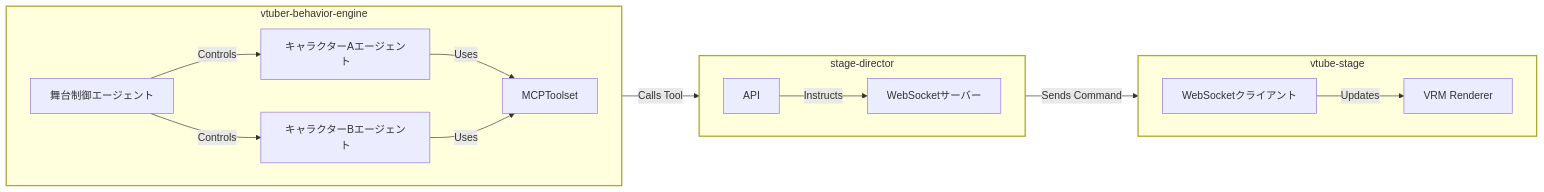
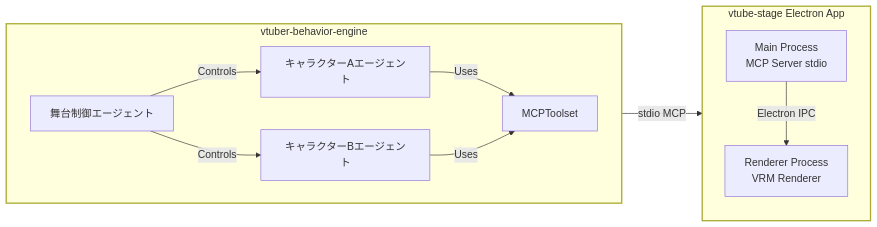
The diagram in docs/mcp_adk_explanation.md (LongbowXXX/ai-tuber), drawn with Mermaid before and after one commit. The commit also changed other lines of this file and 14 other files, not shown here.

````diff
--- a/docs/mcp_adk_explanation.md
+++ b/docs/mcp_adk_explanation.md
@@ -89,35 +91,26 @@
 ```mermaid
 graph LR
 subgraph VBE [vtuber-behavior-engine]
 direction LR
 OrchestratorAgent[舞台制御エージェント]
 CharAgentA[キャラクターAエージェント]
 CharAgentB[キャラクターBエージェント]
 MCPClient[MCPToolset]
 end
 
-subgraph SD [stage-director]
-direction LR
-APIServer[API]
-WebSocketServer[WebSocketサーバー]
-end
-
-subgraph VS [vtube-stage]
-direction LR
-Renderer[VRM Renderer]
-WebSocketClient[WebSocketクライアント]
+subgraph VS [vtube-stage Electron App]
+direction TB
+MainProcess[Main Process<br/>MCP Server stdio]
+RendererProcess[Renderer Process<br/>VRM Renderer]
 end
 
 OrchestratorAgent -- Controls --> CharAgentA;
 OrchestratorAgent -- Controls --> CharAgentB;
 CharAgentA -- Uses --> MCPClient;
 CharAgentB -- Uses --> MCPClient;
-MCPClient -- Calls Tool --> APIServer;
-APIServer -- Instructs --> WebSocketServer;
-WebSocketServer -- Sends Command --> WebSocketClient;
-WebSocketClient -- Updates --> Renderer;
+MCPClient -- stdio MCP --> MainProcess;
+MainProcess -- Electron IPC --> RendererProcess;
 
 style VBE stroke-width:2px
-style SD stroke-width:2px
 style VS stroke-width:2px
 ```
````
